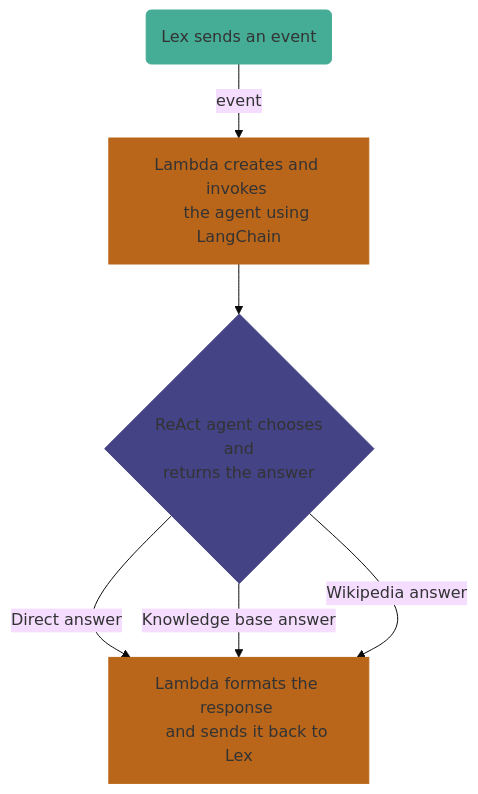
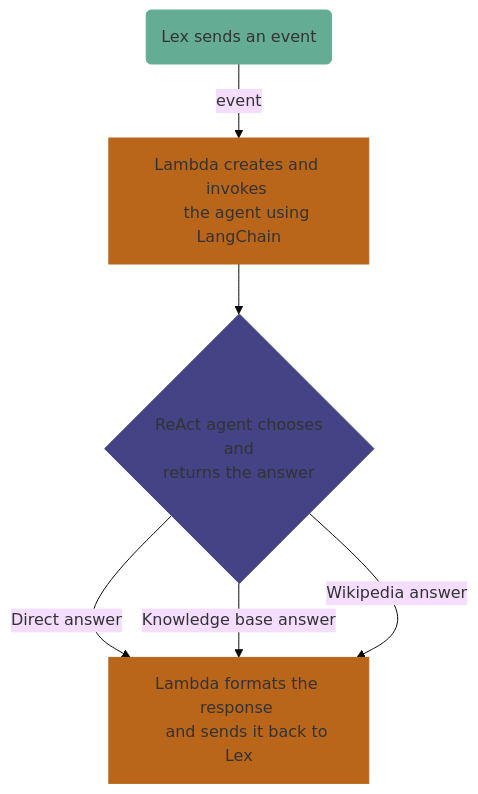
One commit to 565059/ai-chatbot-aws changed the diagram in README.md. Above: the diagram before and after it, drawn with Mermaid (base theme).

````diff
--- a/README.md
+++ b/README.md
@@ -80,17 +80,17 @@
 ```mermaid
 flowchart TD
     A(Lex sends an event) -->|event| B["Lambda creates and invokes 
     the agent using LangChain"]
     B --> C{"ReAct agent chooses
      and 
      returns the answer"}
     C -->|Direct answer| D["Lambda formats the response 
     and sends it back to Lex"]
     C -->|Knowledge base answer| D
     C -->|Wikipedia answer| D
 
-    style A stroke:#45AC95, fill:#45AC95
+    style A stroke:#65AC95, fill:#65AC95
     style B stroke:#BA661A, fill:#BA661A
     style C stroke:#434386, fill:#434386
     style D stroke:#BA661A, fill:#BA661A
 ```
````
